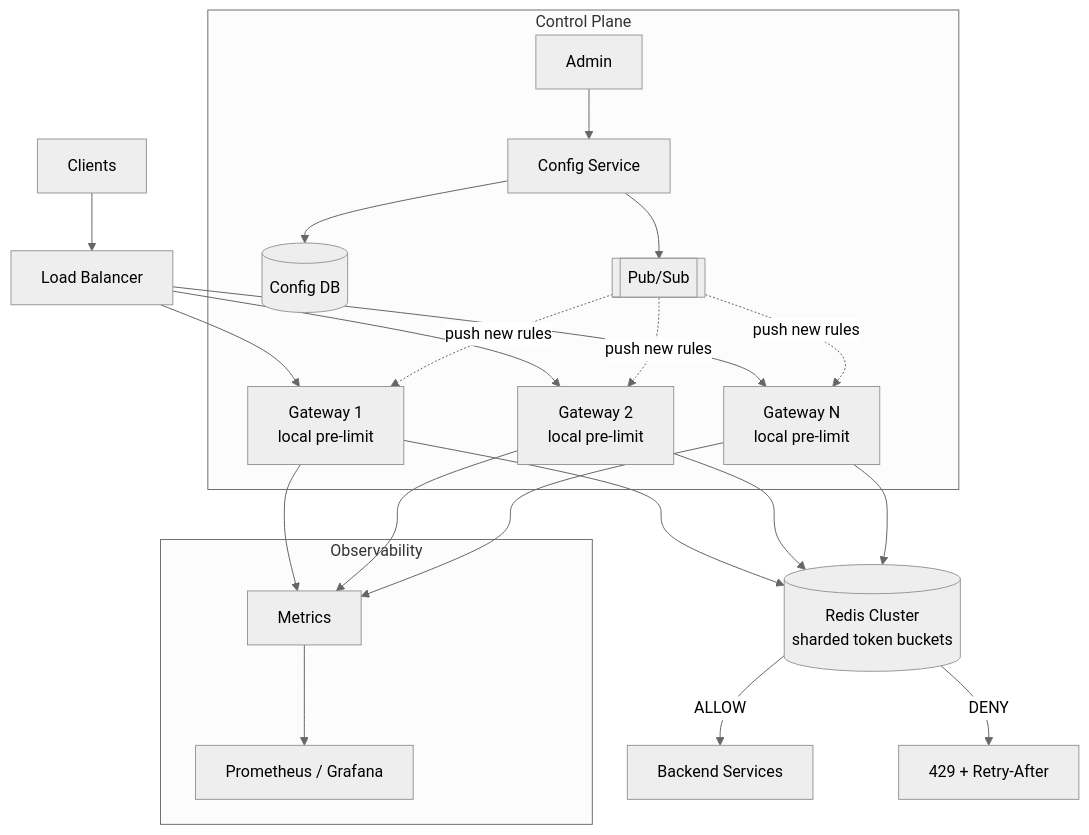
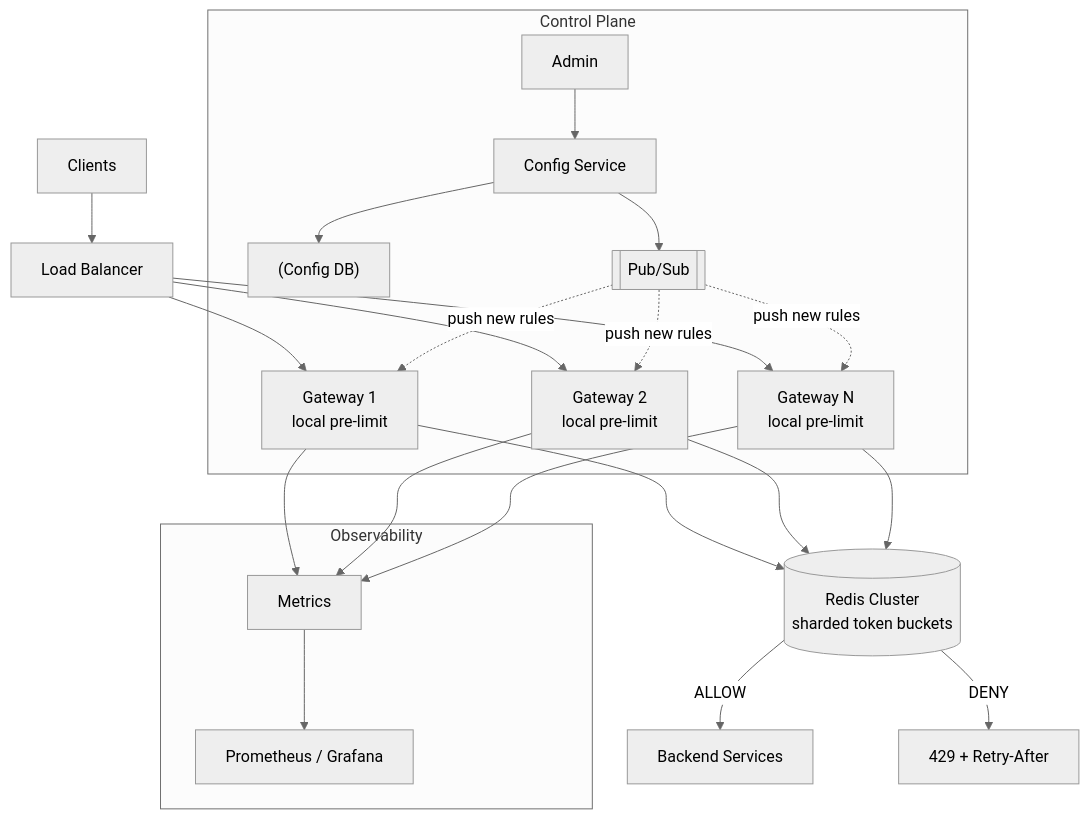
Before and after one commit to pankajThakur1874/studysheet: the fifth of 10 diagrams in files/System-Design-Questions/01-distributed_rate_limiter_system_design.md, drawn with Mermaid (neutral theme). The commit also changed other lines of this file and 102 other files, not shown here.

Commit message:
Auto-fix Mermaid diagram syntax across all study guides to prevent Syntax Error in Mermaid v10

````diff
--- a/files/System-Design-Questions/01-distributed_rate_limiter_system_design.md
+++ b/files/System-Design-Questions/01-distributed_rate_limiter_system_design.md
@@ -279,20 +279,20 @@
 ```mermaid
 flowchart TD
     C[Clients] --> LB[Load Balancer]
-    LB --> G1[Gateway 1<br/>local pre-limit]
-    LB --> G2[Gateway 2<br/>local pre-limit]
-    LB --> GN[Gateway N<br/>local pre-limit]
-    G1 & G2 & GN --> RC[(Redis Cluster<br/>sharded token buckets)]
+    LB --> G1["Gateway 1<br/>local pre-limit"]
+    LB --> G2["Gateway 2<br/>local pre-limit"]
+    LB --> GN["Gateway N<br/>local pre-limit"]
+    G1 & G2 & GN --> RC[("Redis Cluster<br/>sharded token buckets")]
     RC -->|ALLOW| BE[Backend Services]
-    RC -->|DENY| X429[429 + Retry-After]
+    RC -->|DENY| X429["429 + Retry-After"]
 
     subgraph Control Plane
-      AD[Admin] --> CS[Config Service] --> CDB[(Config DB)]
-      CS --> PS[[Pub/Sub]]
+      AD[Admin] --> CS[Config Service] --> CDB["(Config DB)"]
+      CS --> PS[["Pub/Sub"]]
       PS -.push new rules.-> G1 & G2 & GN
     end
 
     subgraph Observability
-      G1 & G2 & GN --> M[Metrics] --> MON[Prometheus / Grafana]
+      G1 & G2 & GN --> M[Metrics] --> MON["Prometheus / Grafana"]
     end
 ```
````
